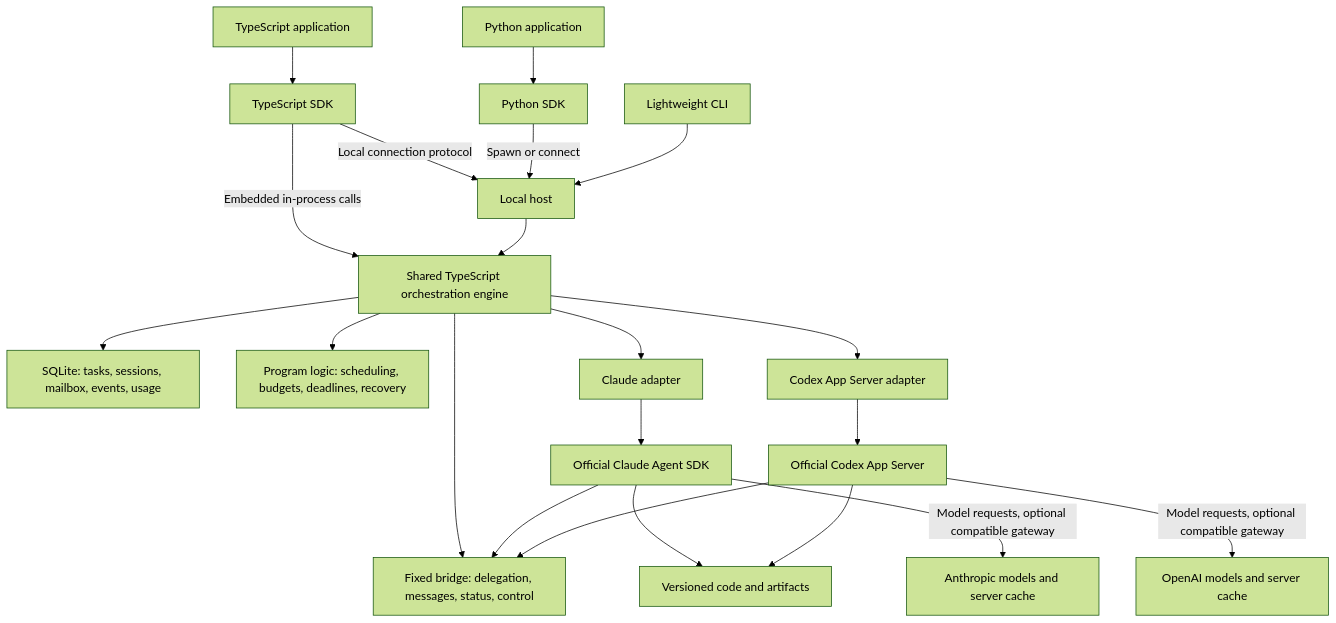
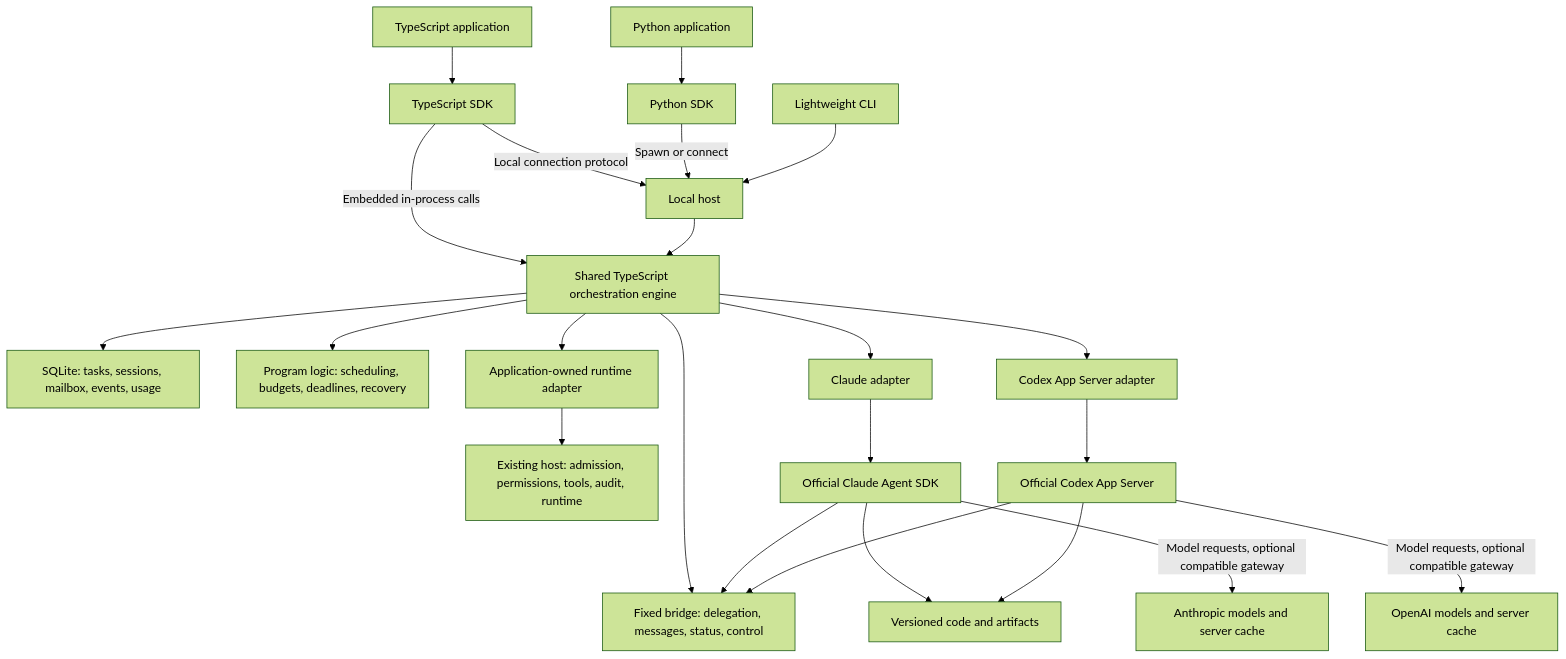
One commit to GfM-rvP9UN6UDe3W/Multi-Agent changed the diagram in AGENT_ORCHESTRATION_DESIGN.md. Above: the diagram before and after it, drawn with Mermaid (forest theme). The commit also changed other lines of this file and 21 other files, not shown here.

Commit message:
engine: formalize host runtime contracts and conformance tests

````diff
--- a/AGENT_ORCHESTRATION_DESIGN.md
+++ b/AGENT_ORCHESTRATION_DESIGN.md
@@ -69,23 +71,25 @@
 ```mermaid
 flowchart TD
   TS[TypeScript application] --> TSDK[TypeScript SDK]
   PY[Python application] --> PSDK[Python SDK]
   TSDK -->|Embedded in-process calls| CORE[Shared TypeScript orchestration engine]
   TSDK -->|Local connection protocol| HOST[Local host]
   PSDK -->|Spawn or connect| HOST
   CLI[Lightweight CLI] --> HOST
   HOST --> CORE
   CORE --> STORE[SQLite: tasks, sessions, mailbox, events, usage]
   CORE --> POLICY[Program logic: scheduling, budgets, deadlines, recovery]
   CORE --> TOOLS[Fixed bridge: delegation, messages, status, control]
   CORE --> CA[Claude adapter]
   CORE --> CX[Codex App Server adapter]
+  CORE --> HA[Application-owned runtime adapter]
+  HA --> HP[Existing host: admission, permissions, tools, audit, runtime]
   CA --> CW[Official Claude Agent SDK]
   CX --> XW[Official Codex App Server]
   CW --> ART[Versioned code and artifacts]
   XW --> ART
   CW --> TOOLS
   XW --> TOOLS
   CW -->|Model requests, optional compatible gateway| AN[Anthropic models and server cache]
   XW -->|Model requests, optional compatible gateway| OA[OpenAI models and server cache]
 ```
````
